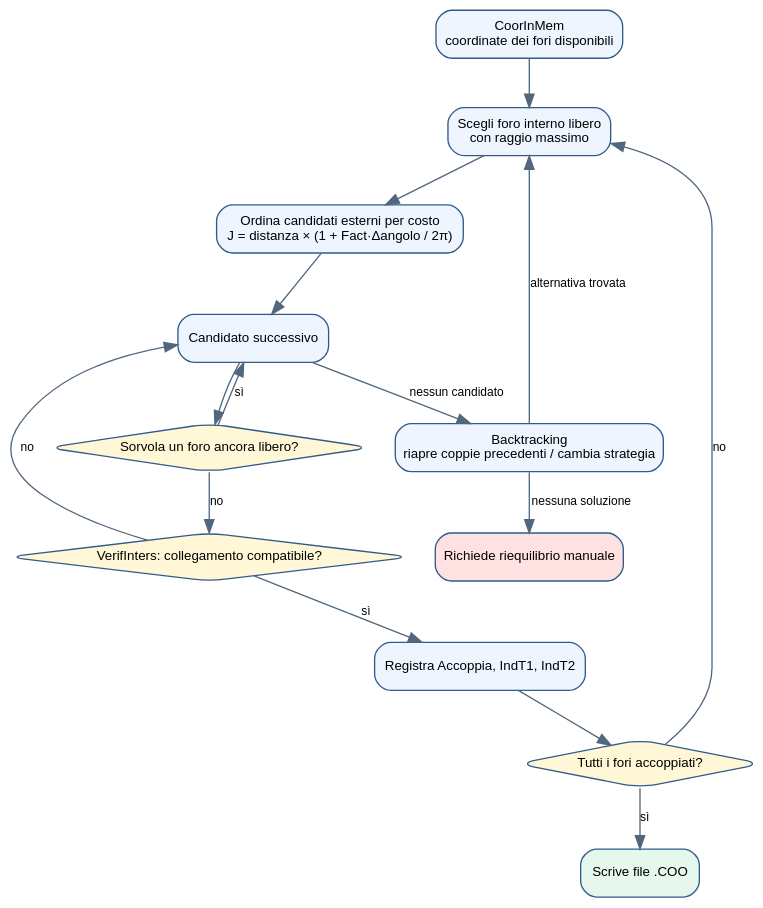
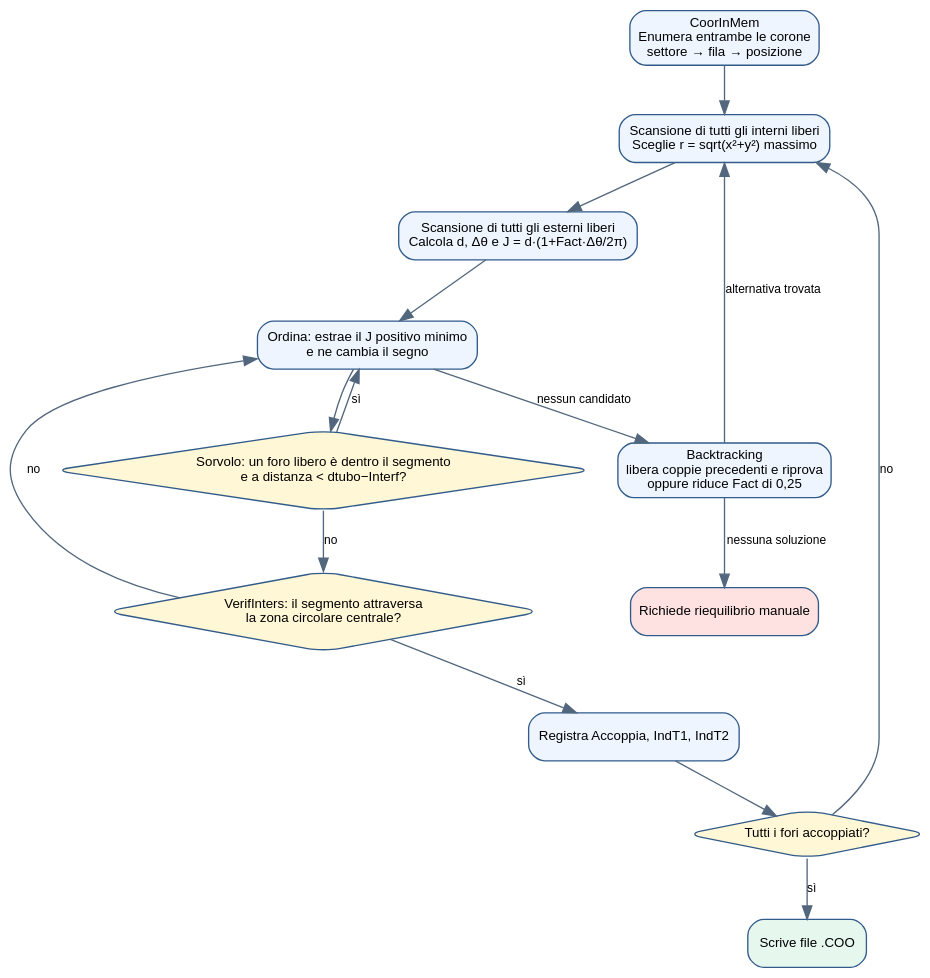
The diagram in docs/diagrams/traccia-aggancio.dot (GianFossi/LancioNET10), drawn with Graphviz before and after one commit. The commit also changed 12 other files, not shown here.

```diff
--- a/docs/diagrams/traccia-aggancio.dot
+++ b/docs/diagrams/traccia-aggancio.dot
@@ -1,27 +1,27 @@
 digraph G {
   graph [rankdir=TB, bgcolor="transparent", pad=0.2];
   node [shape=box, style="rounded,filled", fillcolor="#eef5ff", color="#315b8a", fontname="Arial", fontsize=10];
   edge [color="#52677d", fontname="Arial", fontsize=9];
-  coords [label="CoorInMem\ncoordinate dei fori disponibili"];
-  inner [label="Scegli foro interno libero\ncon raggio massimo"];
-  candidates [label="Ordina candidati esterni per costo\nJ = distanza × (1 + Fact·Δangolo / 2π)"];
-  choose [label="Candidato successivo"];
-  fly [label="Sorvola un foro ancora libero?", shape=diamond, fillcolor="#fff7d6"];
-  cross [label="VerifInters: collegamento compatibile?", shape=diamond, fillcolor="#fff7d6"];
+  coords [label="CoorInMem\nEnumera entrambe le corone\nsettore → fila → posizione"];
+  inner [label="Scansione di tutti gli interni liberi\nSceglie r = sqrt(x²+y²) massimo"];
+  candidates [label="Scansione di tutti gli esterni liberi\nCalcola d, Δθ e J = d·(1+Fact·Δθ/2π)"];
+  choose [label="Ordina: estrae il J positivo minimo\ne ne cambia il segno"];
+  fly [label="Sorvolo: un foro libero è dentro il segmento\ne a distanza < dtubo−Interf?", shape=diamond, fillcolor="#fff7d6"];
+  cross [label="VerifInters: il segmento attraversa\nla zona circolare centrale?", shape=diamond, fillcolor="#fff7d6"];
   bind [label="Registra Accoppia, IndT1, IndT2"];
   done [label="Tutti i fori accoppiati?", shape=diamond, fillcolor="#fff7d6"];
-  back [label="Backtracking\nriapre coppie precedenti / cambia strategia"];
+  back [label="Backtracking\nlibera coppie precedenti e riprova\noppure riduce Fact di 0,25"];
   fail [label="Richiede riequilibrio manuale", fillcolor="#fee2e2"];
   out [label="Scrive file .COO", fillcolor="#e6f7ee"];
   coords -> inner -> candidates -> choose -> fly;
   fly -> choose [label="sì"];
   fly -> cross [label="no"];
   cross -> choose [label="no"];
   cross -> bind [label="sì"];
   bind -> done;
   done -> inner [label="no"];
   done -> out [label="sì"];
   choose -> back [label="nessun candidato"];
   back -> inner [label="alternativa trovata"];
   back -> fail [label="nessuna soluzione"];
 }
```
